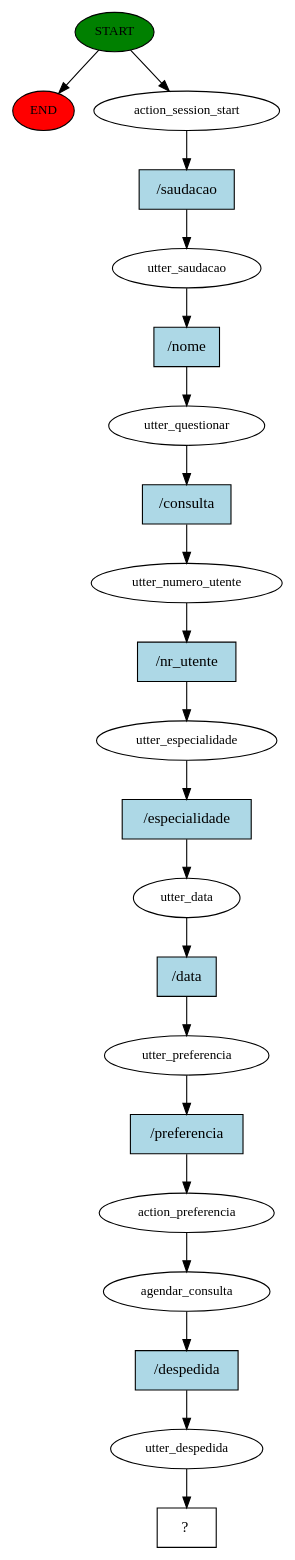
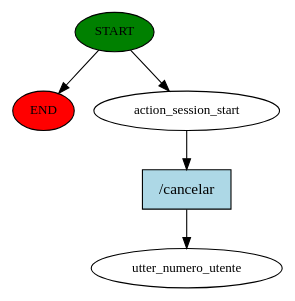
The diagram in story_graph.dot (mariana27oliveira/AmbInt), drawn with Graphviz before and after one commit. The commit also changed 304 other files, not shown here.

```diff
--- a/story_graph.dot
+++ b/story_graph.dot
@@ -1,43 +1,11 @@
 digraph  {
 0 [class="start active", fillcolor=green, fontsize=12, label=START, style=filled];
 "-1" [class=end, fillcolor=red, fontsize=12, label=END, style=filled];
 1 [class=active, fontsize=12, label=action_session_start];
-2 [class=active, fontsize=12, label=utter_saudacao];
-3 [class=active, fontsize=12, label=utter_questionar];
-4 [class=active, fontsize=12, label=utter_numero_utente];
-5 [class=active, fontsize=12, label=utter_especialidade];
-6 [class=active, fontsize=12, label=utter_data];
-7 [class=active, fontsize=12, label=utter_preferencia];
-8 [class=active, fontsize=12, label=action_preferencia];
-9 [class=active, fontsize=12, label=agendar_consulta];
-10 [class=active, fontsize=12, label=utter_despedida];
-11 [class="intent dashed active", label="  ?  ", shape=rect];
-12 [class="intent active", fillcolor=lightblue, label="/saudacao", shape=rect, style=filled];
-13 [class="intent active", fillcolor=lightblue, label="/nome", shape=rect, style=filled];
-14 [class="intent active", fillcolor=lightblue, label="/consulta", shape=rect, style=filled];
-15 [class="intent active", fillcolor=lightblue, label="/nr_utente", shape=rect, style=filled];
-16 [class="intent active", fillcolor=lightblue, label="/especialidade", shape=rect, style=filled];
-17 [class="intent active", fillcolor=lightblue, label="/data", shape=rect, style=filled];
-18 [class="intent active", fillcolor=lightblue, label="/preferencia", shape=rect, style=filled];
-19 [class="intent active", fillcolor=lightblue, label="/despedida", shape=rect, style=filled];
+2 [class="dashed active", fontsize=12, label=utter_numero_utente];
+3 [class="intent active", fillcolor=lightblue, label="/cancelar", shape=rect, style=filled];
 0 -> "-1"  [class="", key=NONE, label=""];
 0 -> 1  [class=active, key=NONE, label=""];
-1 -> 12  [class=active, key=0];
-2 -> 13  [class=active, key=0];
-3 -> 14  [class=active, key=0];
-4 -> 15  [class=active, key=0];
-5 -> 16  [class=active, key=0];
-6 -> 17  [class=active, key=0];
-7 -> 18  [class=active, key=0];
-8 -> 9  [class=active, key=NONE, label=""];
-9 -> 19  [class=active, key=0];
-10 -> 11  [class=active, key=NONE, label=""];
-12 -> 2  [class=active, key=0];
-13 -> 3  [class=active, key=0];
-14 -> 4  [class=active, key=0];
-15 -> 5  [class=active, key=0];
-16 -> 6  [class=active, key=0];
-17 -> 7  [class=active, key=0];
-18 -> 8  [class=active, key=0];
-19 -> 10  [class=active, key=0];
+1 -> 3  [class=active, key=0];
+3 -> 2  [class=active, key=0];
 }
```
